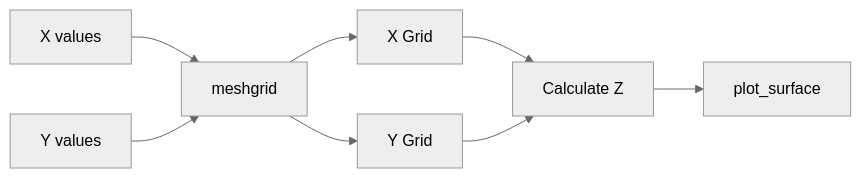
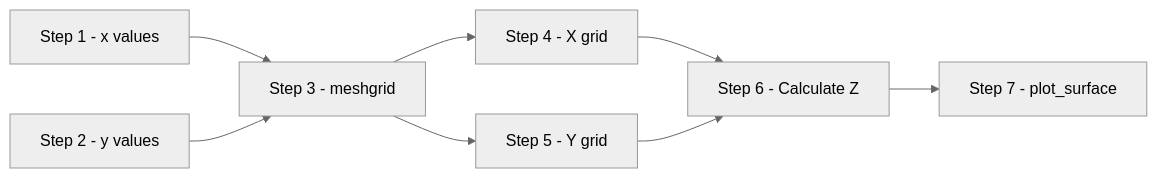
One commit to ag999git/001-mkdocs changed the third of 5 diagrams in docs/15-matplotlib/090-ch15-3d-plot.md. Above: the diagram before and after it, drawn with Mermaid (neutral theme). The commit also changed other lines of this file, not shown here.

````diff
--- a/docs/15-matplotlib/090-ch15-3d-plot.md
+++ b/docs/15-matplotlib/090-ch15-3d-plot.md
@@ -571,17 +893,10 @@
 ```mermaid
 flowchart LR
-
-A[X values]
-B[Y values]
-
-A --> C[meshgrid]
-B --> C
-
-C --> D[X Grid]
-C --> E[Y Grid]
-
-D --> F[Calculate Z]
-E --> F
-
-F --> G[plot_surface]
+    A[Step 1 - x values] --> C[Step 3 - meshgrid]
+    B[Step 2 - y values] --> C
+    C --> D[Step 4 - X grid]
+    C --> E[Step 5 - Y grid]
+    D --> F[Step 6 - Calculate Z]
+    E --> F
+    F --> G[Step 7 - plot_surface]
 ```
````
